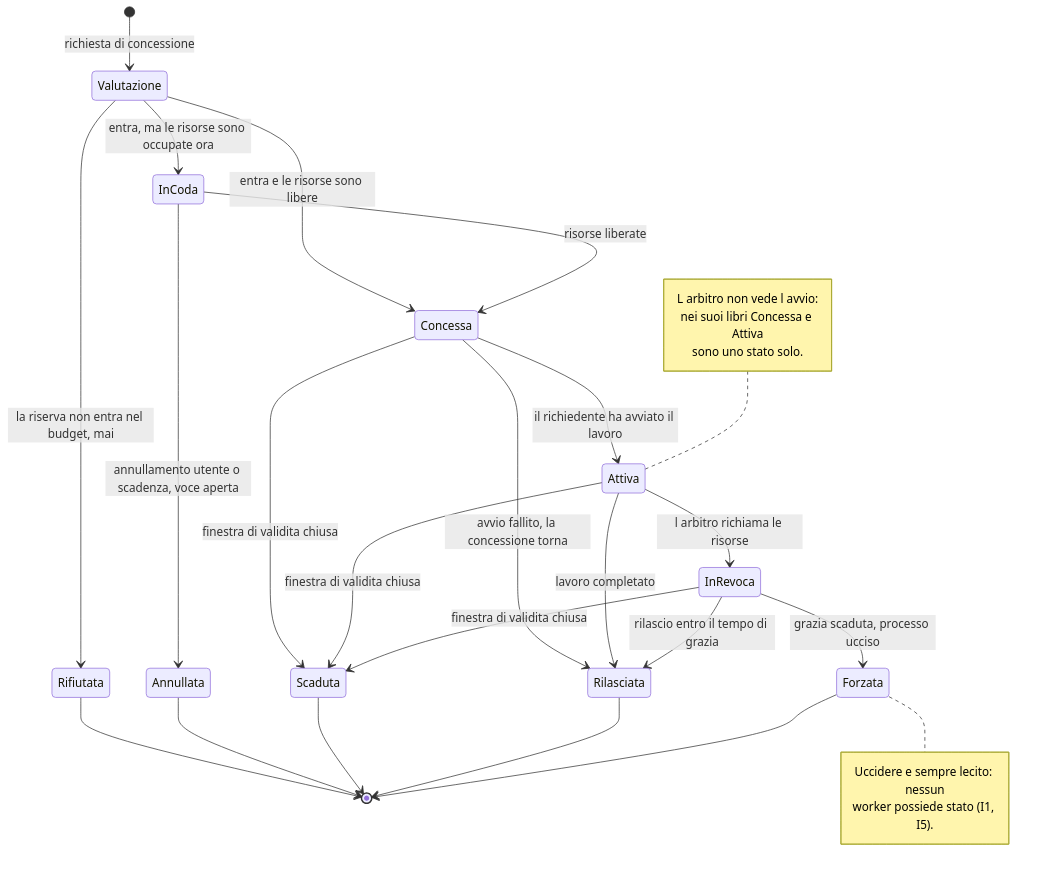
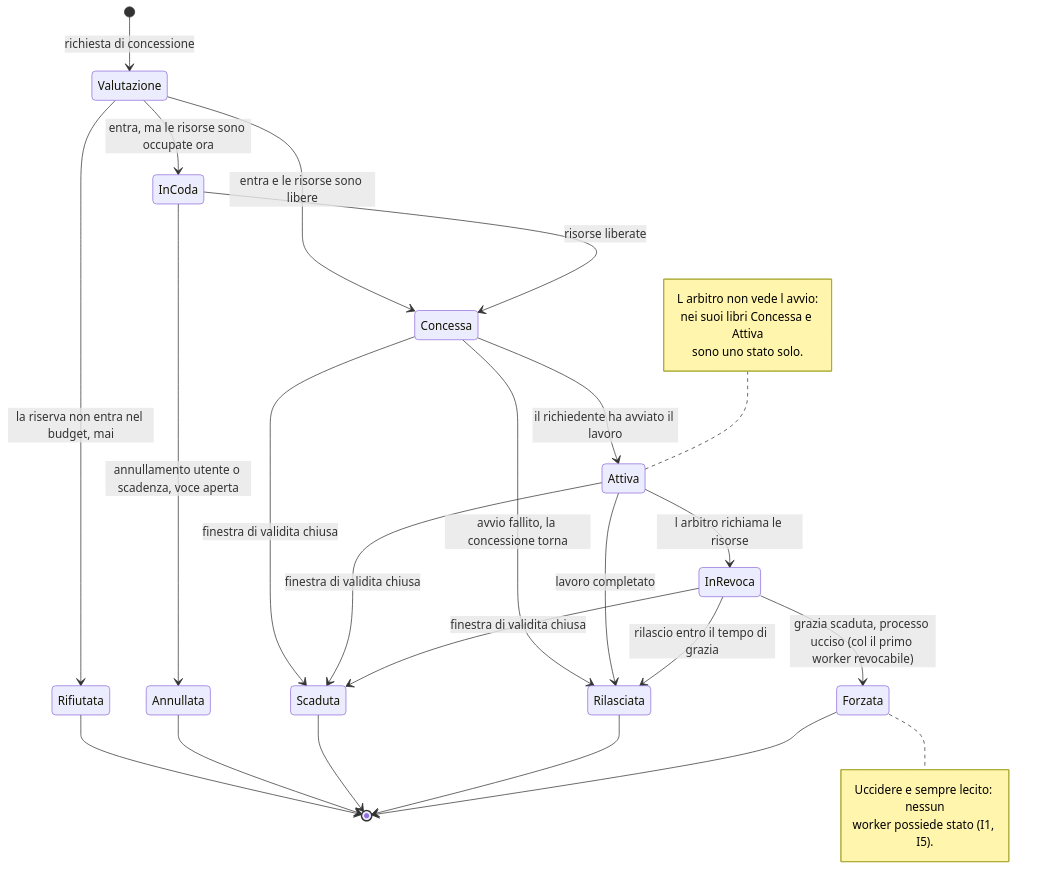
The first of 2 diagrams in docs/design/02-arbitrato-gpu.md (devfrx/daemon), drawn with Mermaid before and after one commit. The commit also changed other lines of this file and 15 other files, not shown here.

````diff
--- a/docs/design/02-arbitrato-gpu.md
+++ b/docs/design/02-arbitrato-gpu.md
@@ -77,40 +77,40 @@
 ```mermaid
 stateDiagram-v2
     [*] --> Valutazione : richiesta di concessione
 
     Valutazione --> Rifiutata : la riserva non entra nel budget, mai
     Valutazione --> InCoda : entra, ma le risorse sono occupate ora
     Valutazione --> Concessa : entra e le risorse sono libere
 
     InCoda --> Concessa : risorse liberate
     InCoda --> Annullata : annullamento utente o scadenza, voce aperta
 
     Concessa --> Attiva : il richiedente ha avviato il lavoro
     Concessa --> Rilasciata : avvio fallito, la concessione torna
     Concessa --> Scaduta : finestra di validita chiusa
 
     Attiva --> Rilasciata : lavoro completato
     Attiva --> InRevoca : l arbitro richiama le risorse
     Attiva --> Scaduta : finestra di validita chiusa
 
     InRevoca --> Rilasciata : rilascio entro il tempo di grazia
-    InRevoca --> Forzata : grazia scaduta, processo ucciso
+    InRevoca --> Forzata : grazia scaduta, processo ucciso (col il primo worker revocabile)
     InRevoca --> Scaduta : finestra di validita chiusa
 
     Rifiutata --> [*]
     Annullata --> [*]
     Scaduta --> [*]
     Rilasciata --> [*]
     Forzata --> [*]
 
     note right of Forzata
         Uccidere e sempre lecito: nessun
         worker possiede stato (I1, I5).
     end note
 
     note left of Attiva
         L arbitro non vede l avvio:
         nei suoi libri Concessa e Attiva
         sono uno stato solo.
     end note
 ```
````
